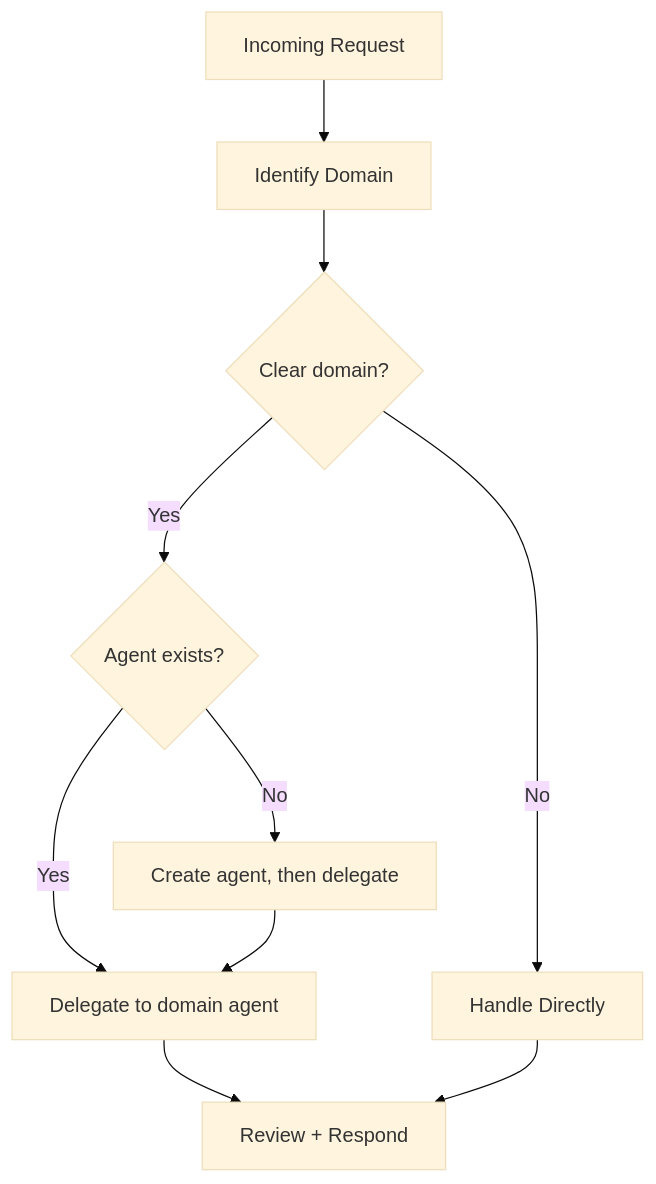
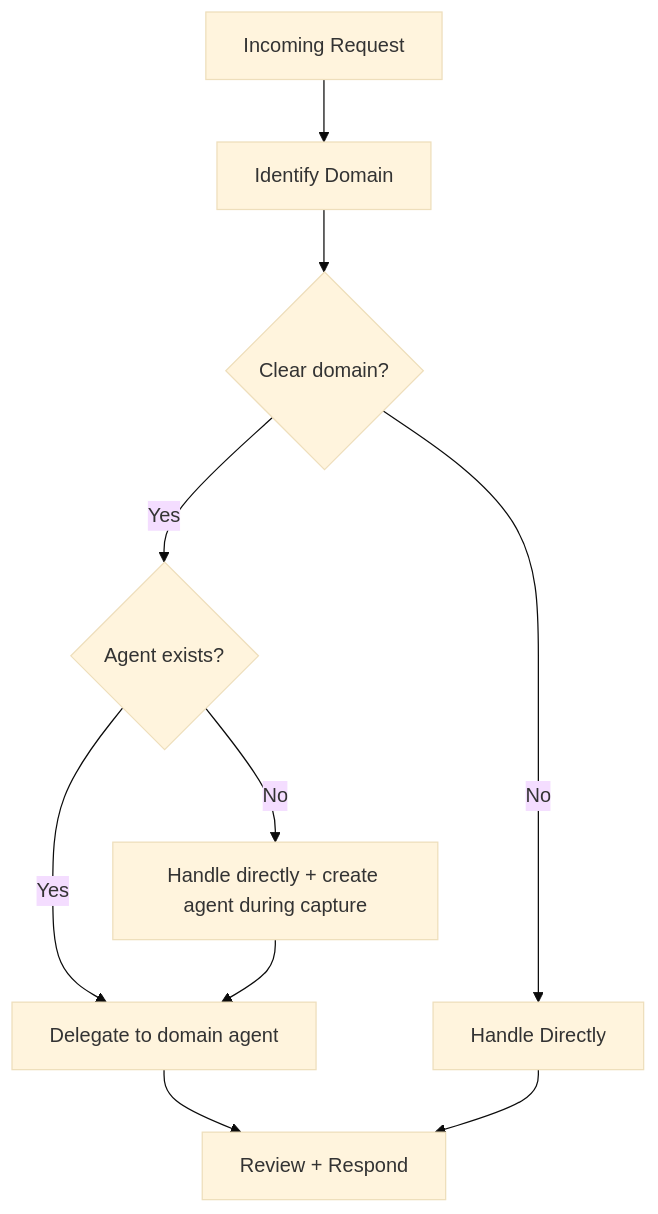
The fourth of 5 diagrams in docs/how-it-works.md (lorehq/lore-docs), drawn with Mermaid (base theme) before and after one commit. The commit also changed other lines of this file and 10 other files, not shown here.

````diff
--- a/docs/how-it-works.md
+++ b/docs/how-it-works.md
@@ -105,12 +105,12 @@
 ```mermaid
 flowchart TD
     Request[Incoming Request] --> Parse[Identify Domain]
     Parse --> Q1{Clear domain?}
     Q1 -->|No| GP[Handle Directly]
     Q1 -->|Yes| Q3{Agent exists?}
     Q3 -->|Yes| Delegate[Delegate to domain agent]
-    Q3 -->|No| Create[Create agent, then delegate]
+    Q3 -->|No| Create[Handle directly + create agent during capture]
     Delegate --> Review[Review + Respond]
     Create --> Delegate
     GP --> Review
 ```
````
